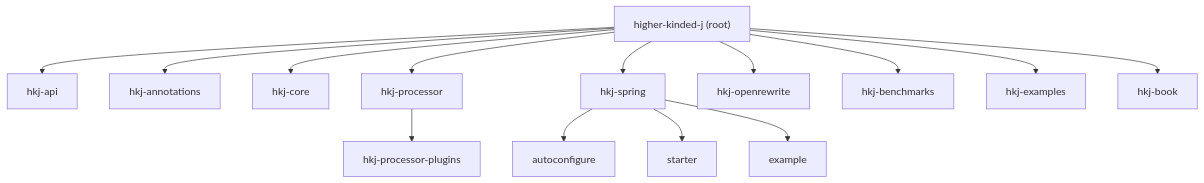
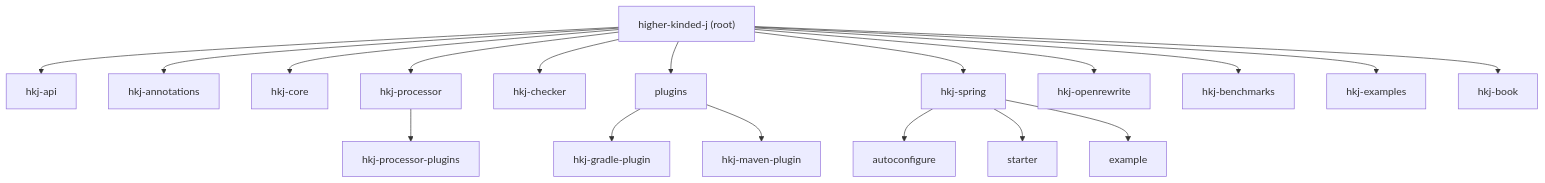
One commit to higher-kinded-j/higher-kinded-j changed the diagram in README.md. Above: the diagram before and after it, drawn with Mermaid. The commit also changed other lines of this file and 45 other files, not shown here.

First line of the commit message:
Add build plugins, compile-time checker, and tooling documentation (#404)

````diff
--- a/README.md
+++ b/README.md
@@ -356,16 +372,20 @@
 ```mermaid
 graph TD;
     root["higher-kinded-j (root)"] --> hkj_api["hkj-api"];
     root --> hkj_annotations["hkj-annotations"];
     root --> hkj_core["hkj-core"];
     root --> hkj_processor["hkj-processor"];
     hkj_processor --> hkj_processor_plugins["hkj-processor-plugins"];
+    root --> hkj_checker["hkj-checker"];
+    root --> plugins["plugins"];
+    plugins --> hkj_gradle_plugin["hkj-gradle-plugin"];
+    plugins --> hkj_maven_plugin["hkj-maven-plugin"];
     root --> hkj_spring["hkj-spring"];
     hkj_spring --> hkj_spring_autoconfigure["autoconfigure"];
     hkj_spring --> hkj_spring_starter["starter"];
     hkj_spring --> hkj_spring_example["example"];
     root --> hkj_openrewrite["hkj-openrewrite"];
     root --> hkj_benchmarks["hkj-benchmarks"];
     root --> hkj_examples["hkj-examples"];
     root --> hkj_book["hkj-book"];
 ```
````
